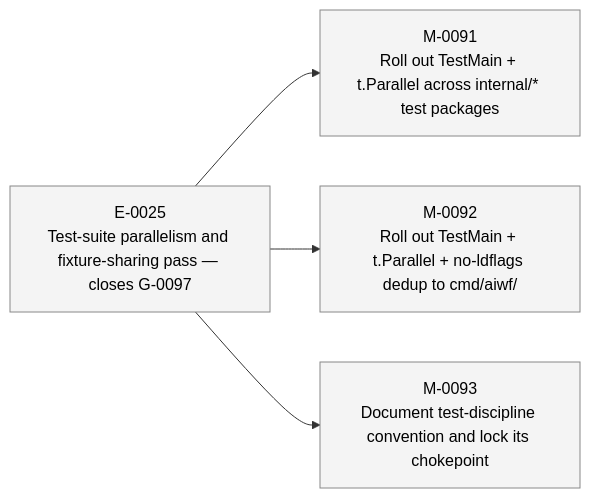
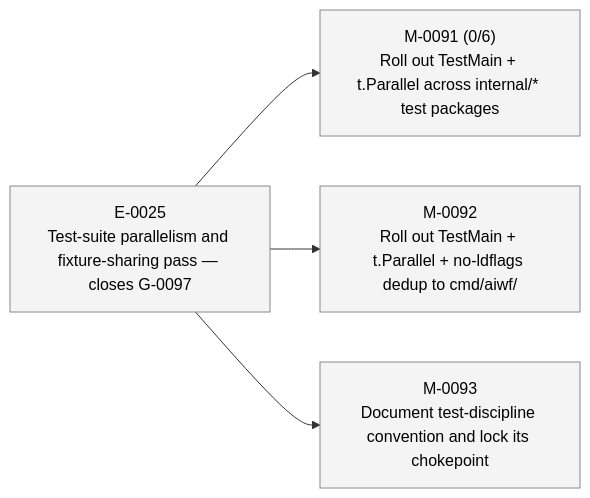
Before and after one commit to 23min/aiwf: the second of 2 diagrams in STATUS.md, drawn with Mermaid. The commit also changed other lines of this file and 1 other file, not shown here.

Commit message:
aiwf add ac M-0091 AC-1..AC-6 (6 criteria)
aiwf-verb: add
aiwf-entity: M-0091/AC-1
aiwf-entity: M-0091/AC-2
aiwf-entity: M-0091/AC-3
aiwf-entity: M-0091/AC-4
aiwf-entity: M-0091/AC-5
aiwf-entity: M-0091/AC-6
aiwf-actor: human/peter

````diff
--- a/STATUS.md
+++ b/STATUS.md
@@ -47,16 +47,16 @@
 ```mermaid
 flowchart LR
   E_0025["E-0025<br/>Test-suite parallelism and fixture-sharing pass — closes G-0097"]:::epic_proposed
-  M_0091["M-0091<br/>Roll out TestMain + t.Parallel across internal/* test packages"]:::ms_draft
+  M_0091["M-0091 (0/6)<br/>Roll out TestMain + t.Parallel across internal/* test packages"]:::ms_draft
   E_0025 --> M_0091
   M_0092["M-0092<br/>Roll out TestMain + t.Parallel + no-ldflags dedup to cmd/aiwf/"]:::ms_draft
   E_0025 --> M_0092
   M_0093["M-0093<br/>Document test-discipline convention and lock its chokepoint"]:::ms_draft
   E_0025 --> M_0093
   classDef epic_active fill:#d6eaff,stroke:#1a73e8,color:#000
   classDef epic_proposed fill:#f4f4f4,stroke:#888,color:#000
   classDef ms_done fill:#d8f5d8,stroke:#2a8a2a,color:#000
   classDef ms_in_progress fill:#fff3c4,stroke:#caa400,color:#000
   classDef ms_draft fill:#f4f4f4,stroke:#888,color:#000
   classDef ms_cancelled fill:#fbeaea,stroke:#c33,color:#000
 ```
````
